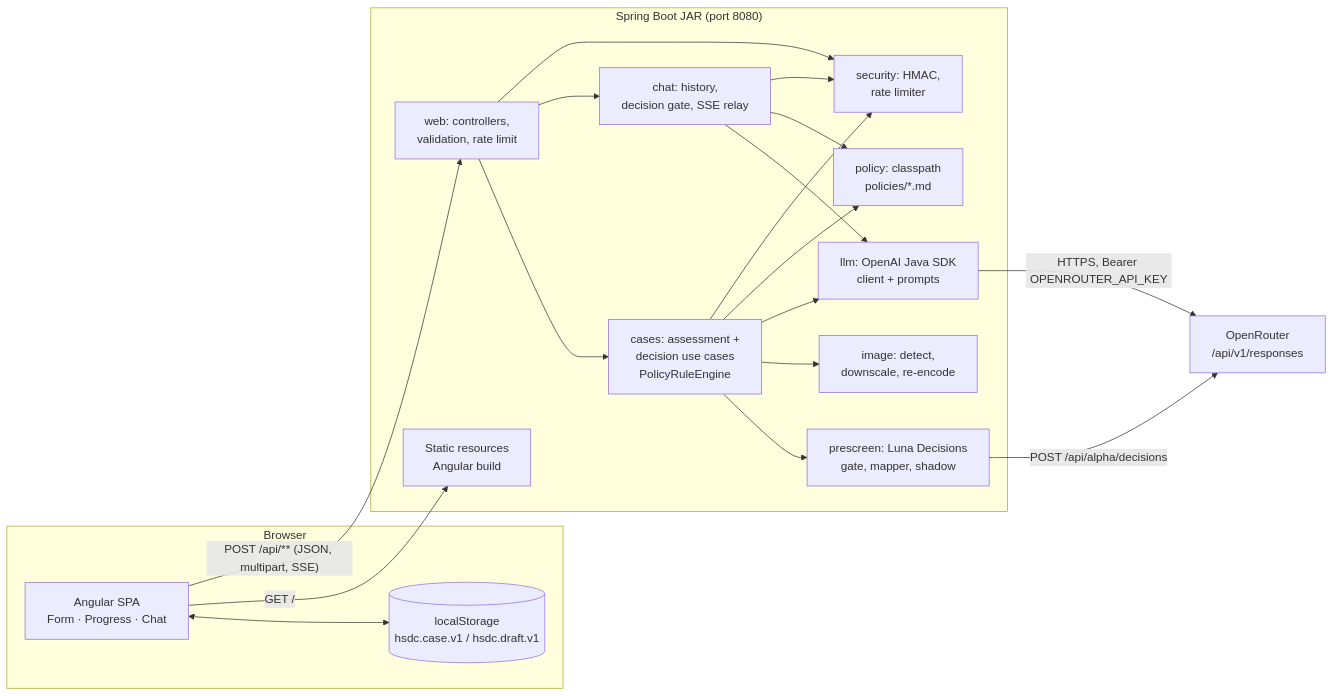
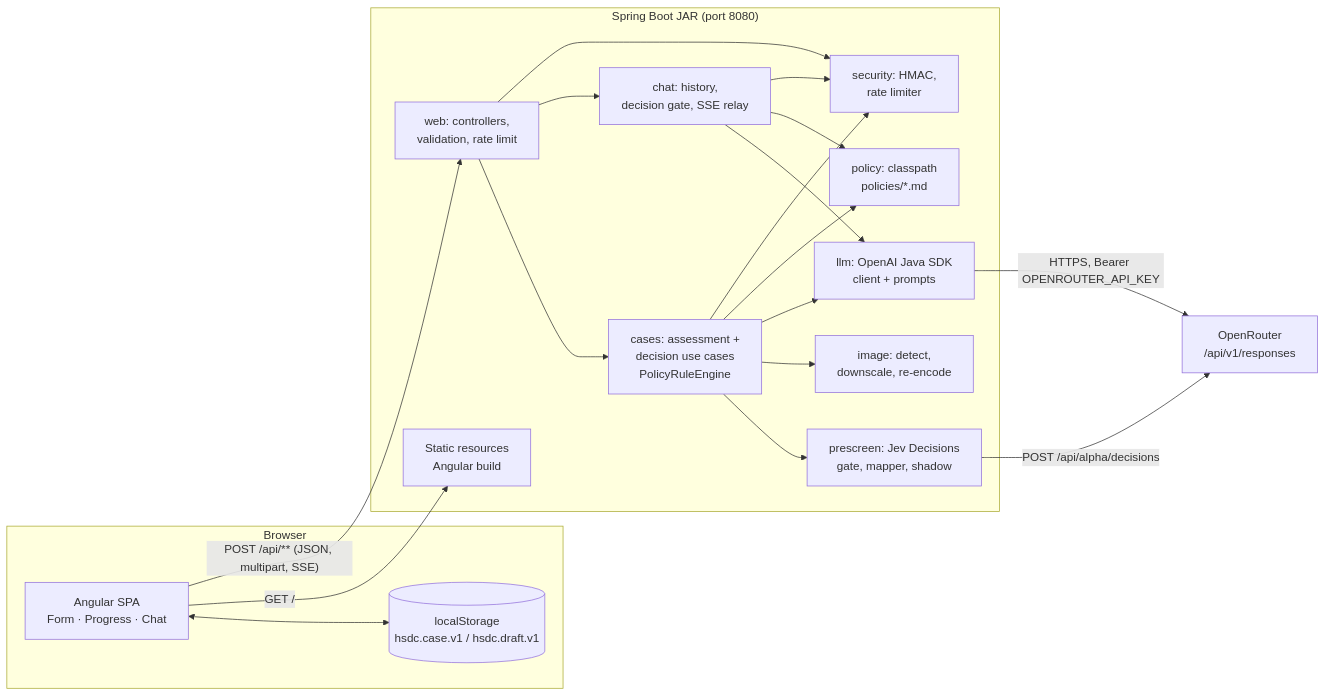
One commit to BartekBlg/jsystems-ai-programming-2026-11 changed the first of 7 diagrams in docs/ADR/000-main-architecture.md. Above: the diagram before and after it, drawn with Mermaid. The commit also changed other lines of this file and 5 other files, not shown here.

First line of the commit message:
Docs: switch pre-screening decision model to TypeSafe Jev 1.14

````diff
--- a/docs/ADR/000-main-architecture.md
+++ b/docs/ADR/000-main-architecture.md
@@ -312,35 +312,35 @@
 ```mermaid
 flowchart LR
     subgraph Browser
         UI[Angular SPA<br/>Form · Progress · Chat]
         LS[(localStorage<br/>hsdc.case.v1 / hsdc.draft.v1)]
         UI <--> LS
     end
     subgraph JAR["Spring Boot JAR (port 8080)"]
         STATIC[Static resources<br/>Angular build]
         WEB[web: controllers,<br/>validation, rate limit]
         CASES[cases: assessment +<br/>decision use cases<br/>PolicyRuleEngine]
         CHAT[chat: history,<br/>decision gate, SSE relay]
         IMG[image: detect,<br/>downscale, re-encode]
         SEC[security: HMAC,<br/>rate limiter]
         LLM[llm: OpenAI Java SDK<br/>client + prompts]
         POL[policy: classpath<br/>policies/*.md]
-        PRE[prescreen: Luna Decisions<br/>gate, mapper, shadow]
+        PRE[prescreen: Jev Decisions<br/>gate, mapper, shadow]
         CASES --> PRE
         WEB --> CASES
         WEB --> CHAT
         WEB --> SEC
         CASES --> IMG
         CASES --> LLM
         CASES --> POL
         CASES --> SEC
         CHAT --> LLM
         CHAT --> POL
         CHAT --> SEC
     end
     OR[OpenRouter<br/>/api/v1/responses]
     UI -- "GET /" --> STATIC
     UI -- "POST /api/** (JSON, multipart, SSE)" --> WEB
     LLM -- "HTTPS, Bearer OPENROUTER_API_KEY" --> OR
     PRE -- "POST /api/alpha/decisions" --> OR
 ```
````
